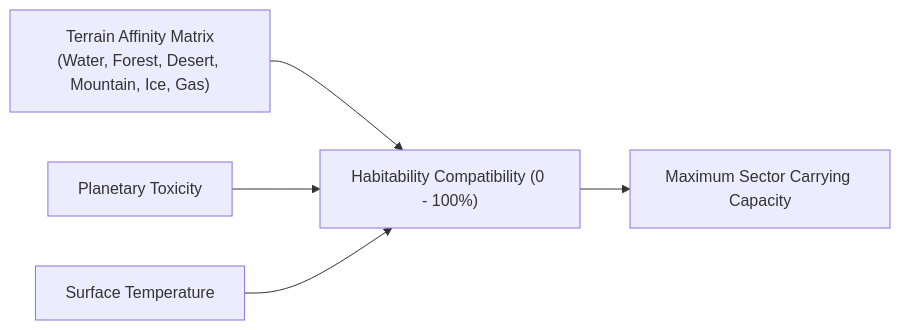
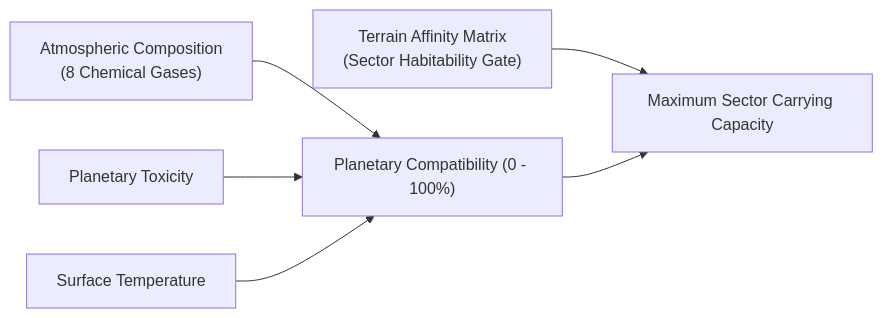
Before and after one commit to kaladron/galactic-bloodshed: the fourth of 5 diagrams in docs/races.md, drawn with Mermaid. The commit also changed other lines of this file and 6 other files, not shown here.

````diff
--- a/docs/races.md
+++ b/docs/races.md
@@ -121,7 +106,8 @@
 ```mermaid
 flowchart LR
-    Affinity["Terrain Affinity Matrix\n(Water, Forest, Desert, Mountain, Ice, Gas)"] --> Compat["Habitability Compatibility (0 - 100%)"]
+    Gases["Atmospheric Composition\n(8 Chemical Gases)"] --> Compat["Planetary Compatibility (0 - 100%)"]
     Tox["Planetary Toxicity"] --> Compat
     Temp["Surface Temperature"] --> Compat
-    Compat --> MaxPop["Maximum Sector Carrying Capacity"]
+    Affinity["Terrain Affinity Matrix\n(Sector Habitability Gate)"] --> MaxPop["Maximum Sector Carrying Capacity"]
+    Compat --> MaxPop
 ```
````
